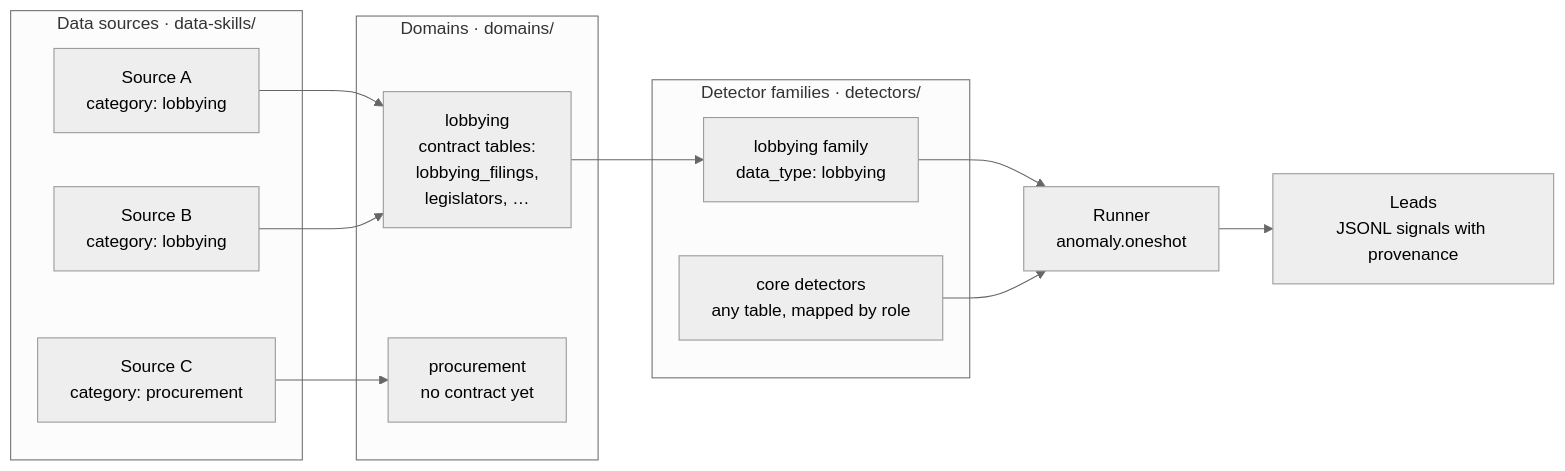
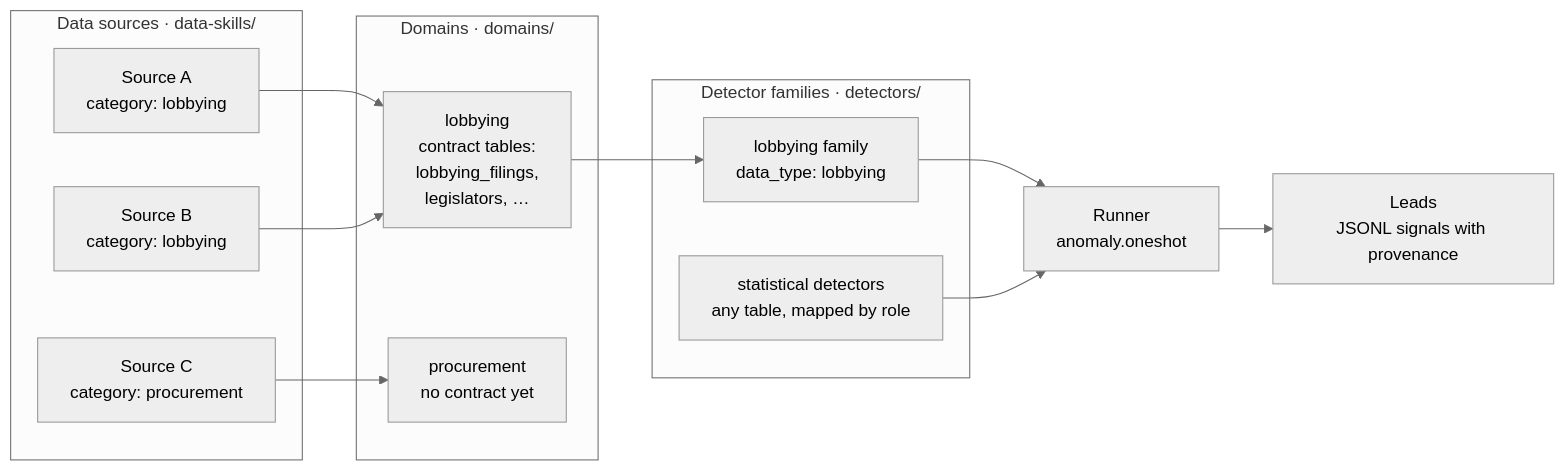
One commit to buriedsignals/Anomaly changed the diagram in README.md. Above: the diagram before and after it, drawn with Mermaid (neutral theme). The commit also changed other lines of this file and 4 other files, not shown here.

Commit message:
landing+docs: rename core to statistical detectors; one clickable node in the diagram

````diff
--- a/README.md
+++ b/README.md
@@ -34,23 +34,23 @@
 ```mermaid
 flowchart LR
     subgraph S["Data sources · data-skills/"]
         S1["Source A<br/>category: lobbying"]
         S2["Source B<br/>category: lobbying"]
         S3["Source C<br/>category: procurement"]
     end
     subgraph D["Domains · domains/"]
         D1["lobbying<br/>contract tables:<br/>lobbying_filings,<br/>legislators, …"]
         D2["procurement<br/>no contract yet"]
     end
     subgraph F["Detector families · detectors/"]
         F1["lobbying family<br/>data_type: lobbying"]
-        F0["core detectors<br/>any table, mapped by role"]
+        F0["statistical detectors<br/>any table, mapped by role"]
     end
     S1 --> D1
     S2 --> D1
     S3 --> D2
     D1 --> F1
     F1 --> R["Runner<br/>anomaly.oneshot"]
     F0 --> R
     R --> L["Leads<br/>JSONL signals with provenance"]
 ```
````
